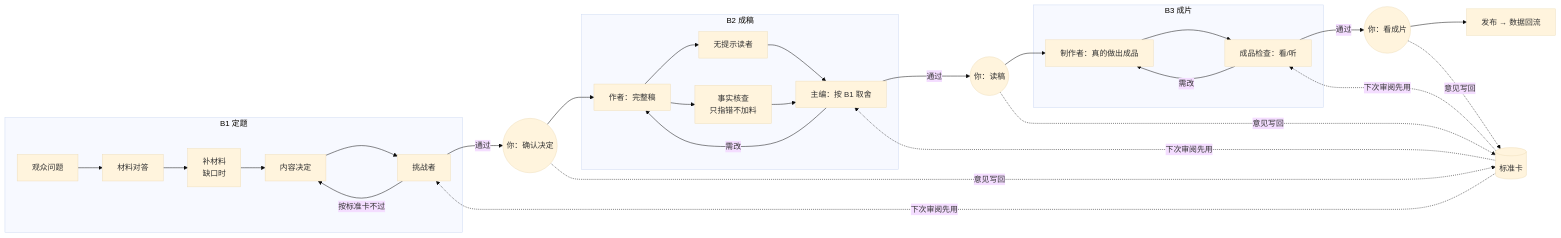
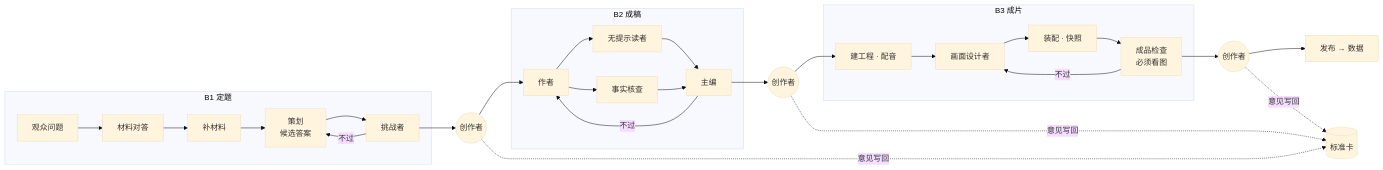
One commit to cyl19970726/creator-lab changed the second of 2 diagrams in workbenches/creation/docs/workflows/stage-workflows.md. Above: the diagram before and after it, drawn with Mermaid (base theme). The commit also changed other lines of this file and 8 other files, not shown here.

````diff
--- a/workbenches/creation/docs/workflows/stage-workflows.md
+++ b/workbenches/creation/docs/workflows/stage-workflows.md
@@ -9,23 +23,19 @@
 ```mermaid
 flowchart LR
   subgraph B1[B1 定题]
-    A1[观众问题] --> E1[材料对答] --> R1[补材料<br/>缺口时] --> P1[内容决定] --> C1[挑战者]
-    C1 -- 按标准卡不过 --> P1
+    A1[观众问题] --> E1[材料对答] --> R1[补材料] --> P1[策划<br/>候选答案] --> C1[挑战者]
+    C1 -- 不过 --> P1
   end
   subgraph B2[B2 成稿]
-    W2[作者：完整稿] --> Q2[无提示读者] & F2[事实核查<br/>只指错不加料]
-    Q2 & F2 --> M2[主编：按 B1 取舍] -- 需改 --> W2
+    W2[作者] --> Q2[无提示读者] & F2[事实核查]
+    Q2 & F2 --> M2[主编] -- 不过 --> W2
   end
   subgraph B3[B3 成片]
-    D3[制作者：真的做出成品] --> K3[成品检查：看/听]
-    K3 -- 需改 --> D3
+    T3[建工程 · 配音] --> D3[画面设计者] --> K3[装配 · 快照] --> I3[成品检查<br/>必须看图]
+    I3 -- 不过 --> D3
   end
-  C1 -- 通过 --> H1((你：确认决定))
-  H1 --> W2
-  M2 -- 通过 --> H2((你：读稿))
-  H2 --> D3
-  K3 -- 通过 --> H3((你：看成片))
-  H3 --> PUB[发布 → 数据回流]
+  C1 --> H1((创作者)) --> W2
+  M2 --> H2((创作者)) --> T3
+  I3 --> H3((创作者)) --> PUB[发布 → 数据]
   H1 & H2 & H3 -. 意见写回 .-> S[(标准卡)]
-  S -. 下次审阅先用 .-> C1 & M2 & K3
 ```
````
